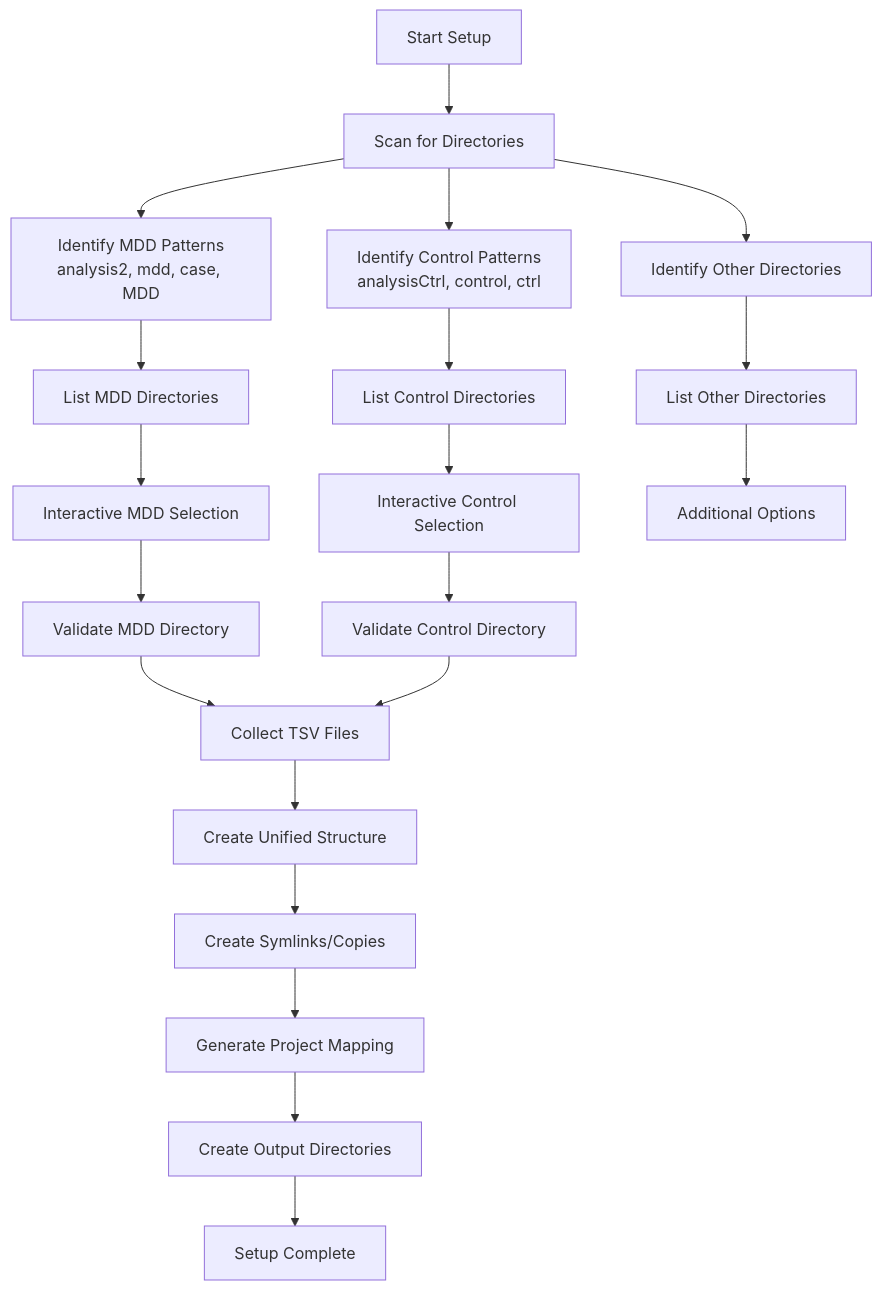
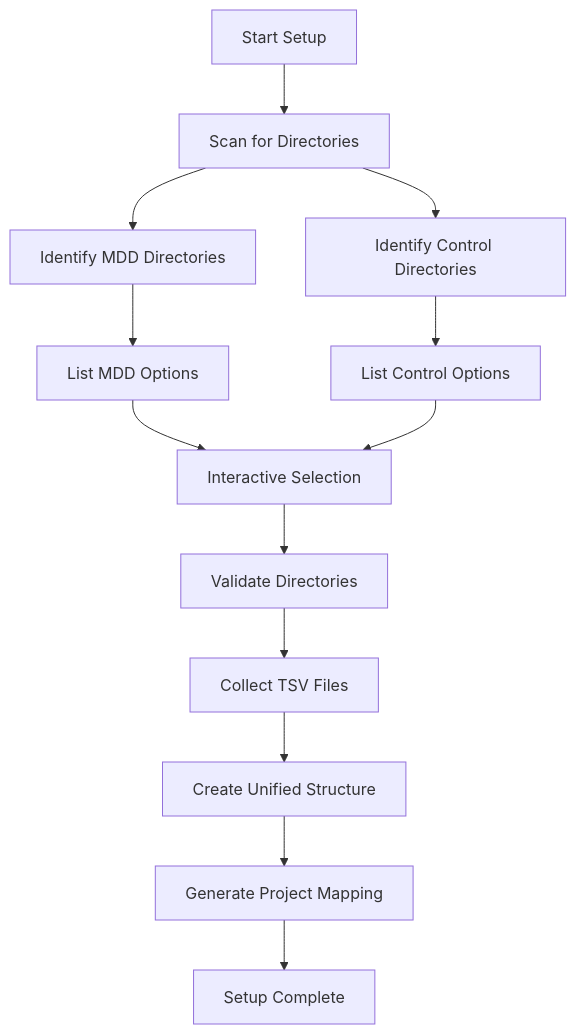
One commit to sajeethphilip/MDD changed diagram 11 of 18 in README.md. Above: the diagram before and after it, drawn with Mermaid. The commit also changed other lines of this file, not shown here.

````diff
--- a/README.md
+++ b/README.md
@@ -291,26 +291,18 @@
 ```mermaid
 flowchart TD
     A[Start Setup] --> B[Scan for Directories]
-    B --> C[Identify MDD Patterns<br/>analysis2, mdd, case, MDD]
-    B --> D[Identify Control Patterns<br/>analysisCtrl, control, ctrl]
-    B --> E[Identify Other Directories]
+    B --> C[Identify MDD Directories]
+    B --> D[Identify Control Directories]
     
-    C --> F[List MDD Directories]
-    D --> G[List Control Directories]
-    E --> H[List Other Directories]
+    C --> E[List MDD Options]
+    D --> F[List Control Options]
     
-    F --> I[Interactive MDD Selection]
-    G --> J[Interactive Control Selection]
-    H --> K[Additional Options]
+    E --> G[Interactive Selection]
+    F --> G
     
-    I --> L[Validate MDD Directory]
-    J --> M[Validate Control Directory]
-    
-    L & M --> N[Collect TSV Files]
-    
-    N --> O[Create Unified Structure]
-    O --> P[Create Symlinks/Copies]
-    P --> Q[Generate Project Mapping]
-    Q --> R[Create Output Directories]
-    R --> S[Setup Complete]
+    G --> H[Validate Directories]
+    H --> I[Collect TSV Files]
+    I --> J[Create Unified Structure]
+    J --> K[Generate Project Mapping]
+    K --> L[Setup Complete]
 ```
````
